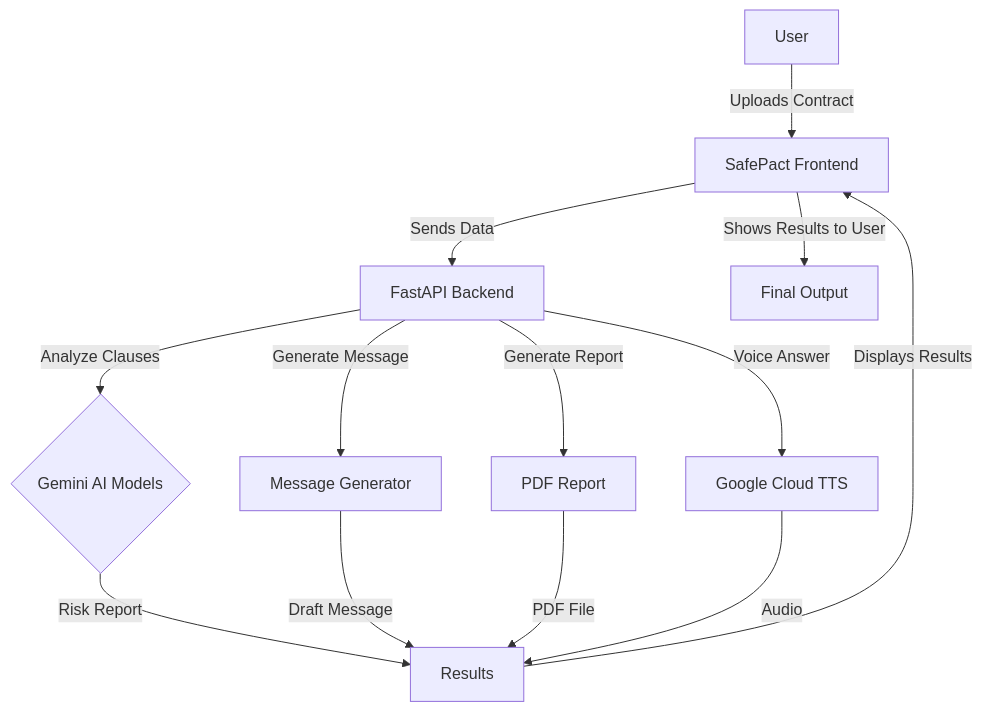
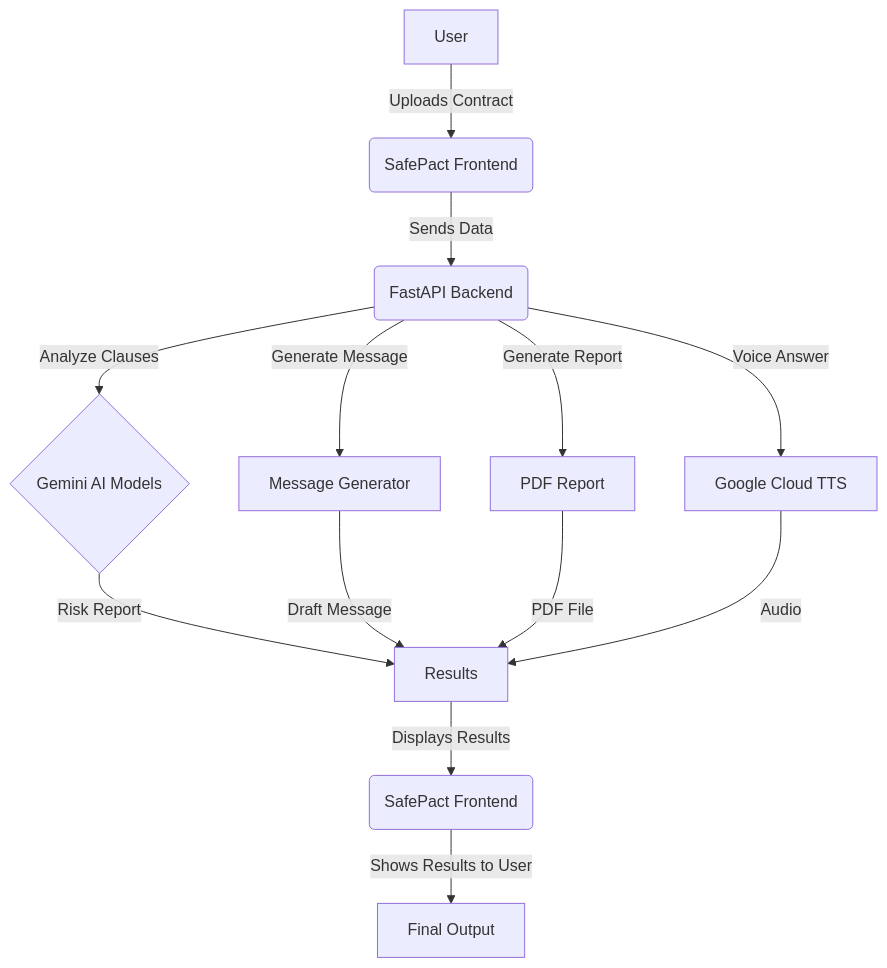
The diagram in README.md (Helen0357/SafePactAl), drawn with Mermaid before and after one commit.

````diff
--- a/README.md
+++ b/README.md
@@ -34,19 +34,18 @@
 ```mermaid
 flowchart TD
-    A[User]
-    A -->|Uploads Contract| B[SafePact Frontend]
-    B -->|Sends Data| C[FastAPI Backend]
+    A[User] -->|Uploads Contract| B(SafePact Frontend)
+    B -->|Sends Data| C(FastAPI Backend)
 
     C -->|Analyze Clauses| D{Gemini AI Models}
     C -->|Generate Message| E[Message Generator]
     C -->|Generate Report| F[PDF Report]
     C -->|Voice Answer| G[Google Cloud TTS]
 
     D -->|Risk Report| H[Results]
     E -->|Draft Message| H
     F -->|PDF File| H
     G -->|Audio| H
 
-    H -->|Displays Results| B
-    B -->|Shows Results to User| I[Final Output]
+    H -->|Displays Results| I(SafePact Frontend)
+    I -->|Shows Results to User| J[Final Output]
 ```
````
